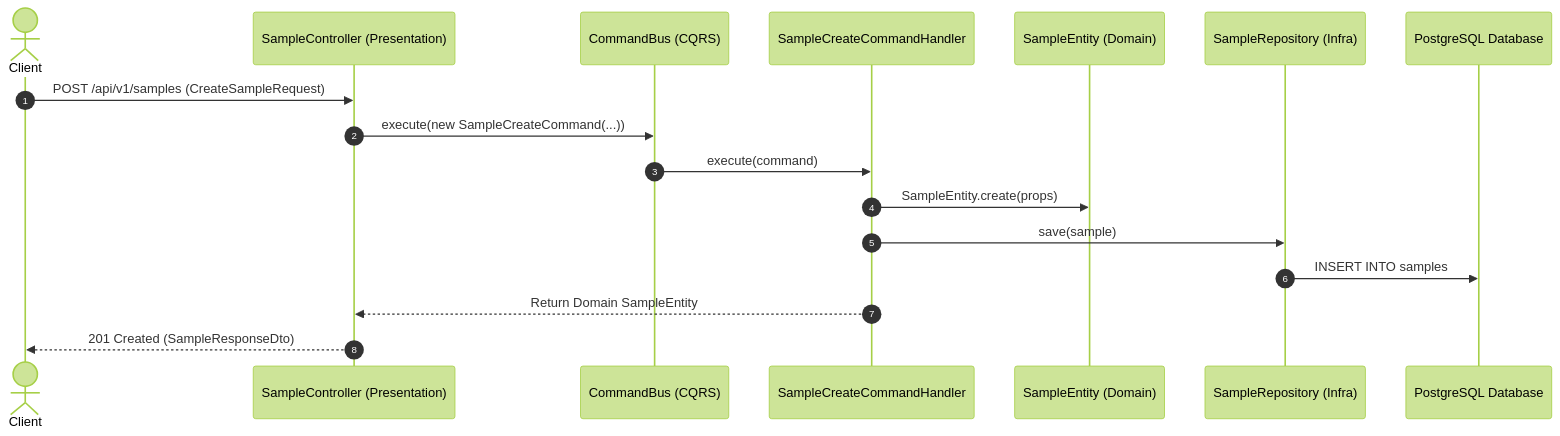
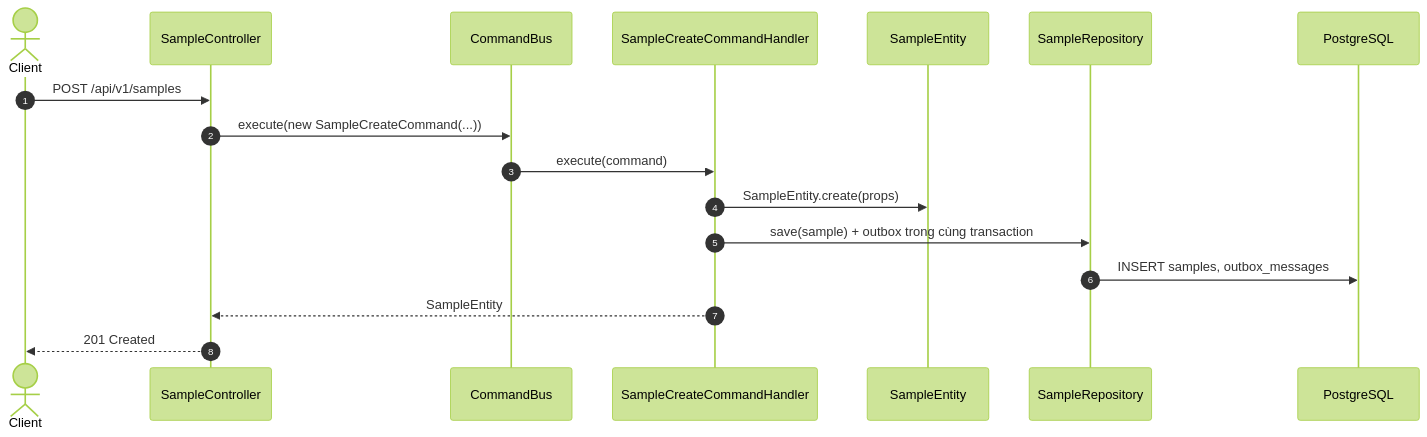
The third of 3 diagrams in README.md (pbl6-home-renter/boilerplate), drawn with Mermaid (forest theme) before and after one commit. The commit also changed other lines of this file, not shown here.

````diff
--- a/README.md
+++ b/README.md
@@ -130,20 +210,20 @@
 ```mermaid
 sequenceDiagram
     autonumber
     actor Client
-    participant Controller as SampleController (Presentation)
-    participant CommandBus as CommandBus (CQRS)
+    participant Controller as SampleController
+    participant CommandBus as CommandBus
     participant Handler as SampleCreateCommandHandler
-    participant Domain as SampleEntity (Domain)
-    participant Repo as SampleRepository (Infra)
-    participant DB as PostgreSQL Database
+    participant Domain as SampleEntity
+    participant Repo as SampleRepository
+    participant DB as PostgreSQL
 
-    Client->>Controller: POST /api/v1/samples (CreateSampleRequest)
+    Client->>Controller: POST /api/v1/samples
     Controller->>CommandBus: execute(new SampleCreateCommand(...))
     CommandBus->>Handler: execute(command)
     Handler->>Domain: SampleEntity.create(props)
-    Handler->>Repo: save(sample)
-    Repo->>DB: INSERT INTO samples
-    Handler-->>Controller: Return Domain SampleEntity
-    Controller-->>Client: 201 Created (SampleResponseDto)
+    Handler->>Repo: save(sample) + outbox trong cùng transaction
+    Repo->>DB: INSERT samples, outbox_messages
+    Handler-->>Controller: SampleEntity
+    Controller-->>Client: 201 Created
 ```
````
